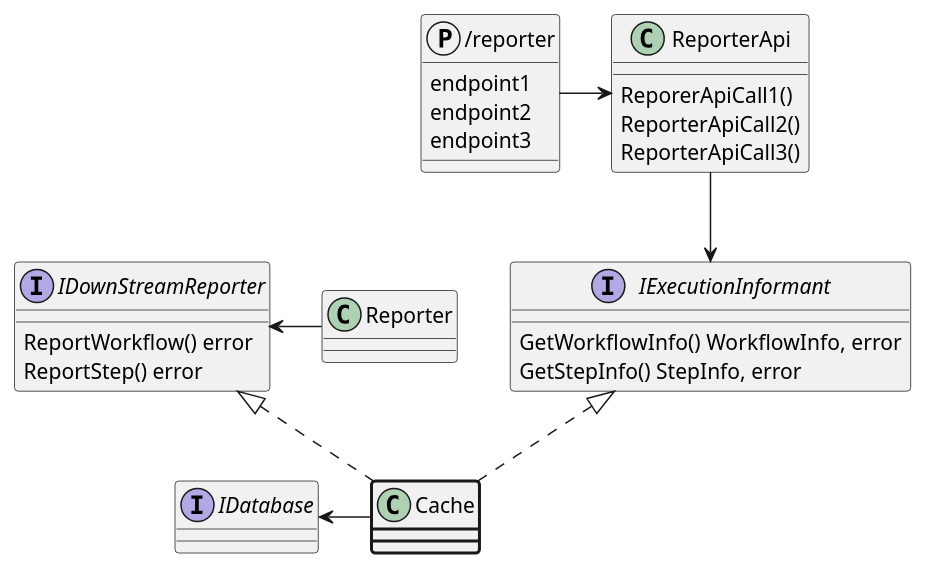
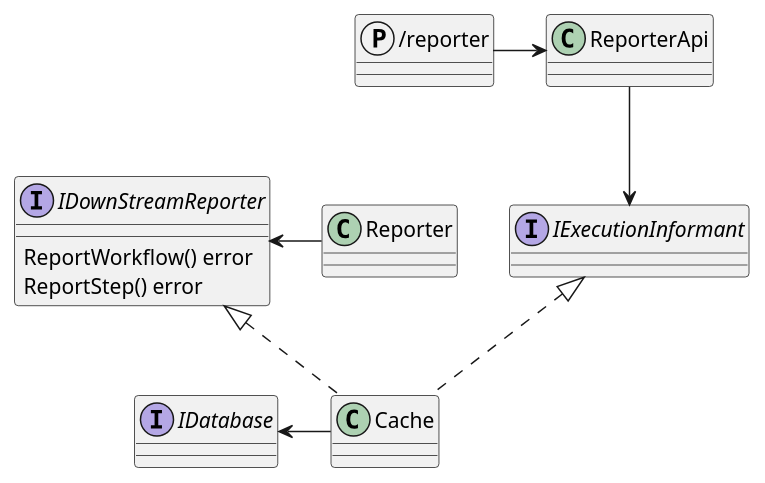
Before and after one commit to COSSAS/SOARCA: the second of 2 diagrams in docs/content/en/docs/core-components/reporting.md, drawn with PlantUML. The commit also changed other lines of this file, not shown here.

Commit message:
simplify cache architecture scheme

````diff
--- a/docs/content/en/docs/core-components/reporting.md
+++ b/docs/content/en/docs/core-components/reporting.md
@@ -94,38 +94,29 @@
 ```plantuml
 @startuml
 
-protocol /reporter {
-    endpoint1
-    endpoint2
-    endpoint3
-}
+protocol /reporter
 
 interface IDownStreamReporter {
     ReportWorkflow() error
 	ReportStep() error
 }
 interface IDatabase
 
-interface IExecutionInformant {
-    GetWorkflowInfo() WorkflowInfo, error
-	GetStepInfo() StepInfo, error
+interface IExecutionInformant
+
+class ReporterApi
+class Reporter
+class Cache {
+    
 }
-
-class ReporterApi {
-    ReporerApiCall1()
-	ReporterApiCall2()
-    ReporterApiCall3()
-}
-class Reporter
-class Cache #line.bold
 
 "/reporter" -right-> ReporterApi
 
 Reporter -left-> IDownStreamReporter
 Cache -left-> IDatabase
 
 Cache .up.|> IDownStreamReporter
 Cache .up.|> IExecutionInformant
 ReporterApi -down-> IExecutionInformant
 
 ```
````
